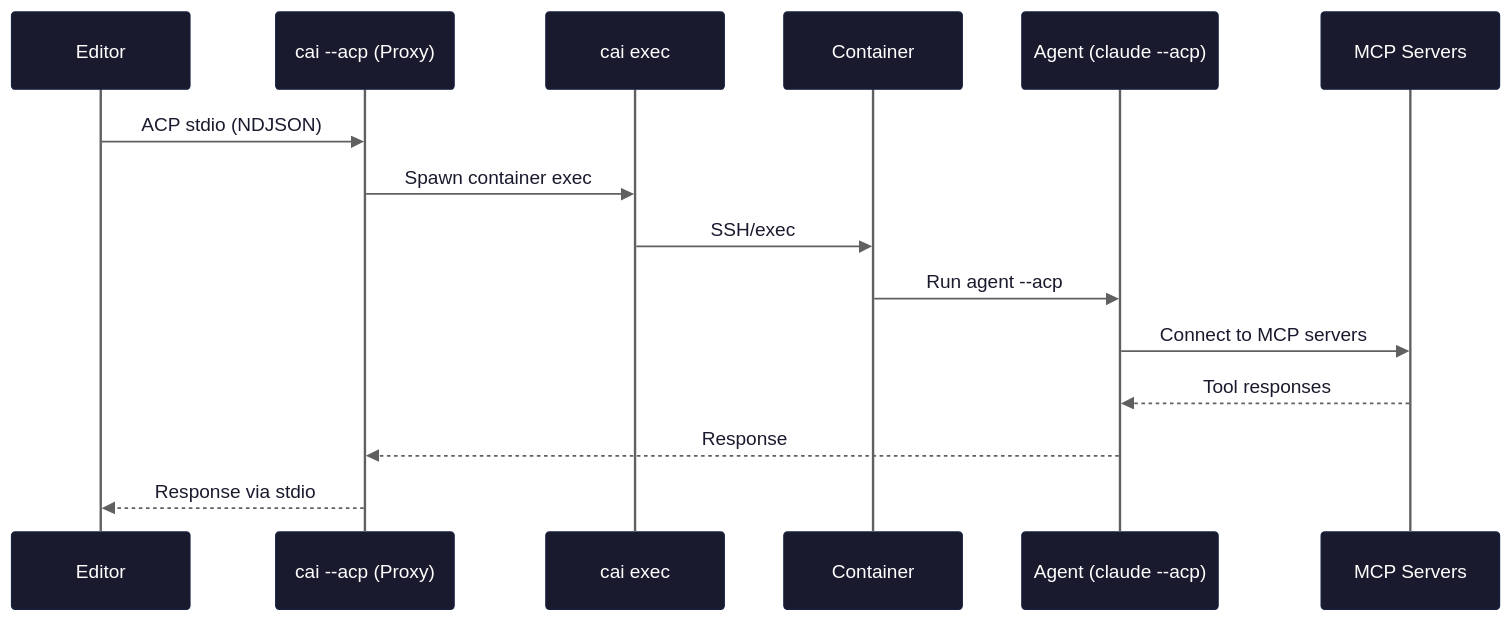
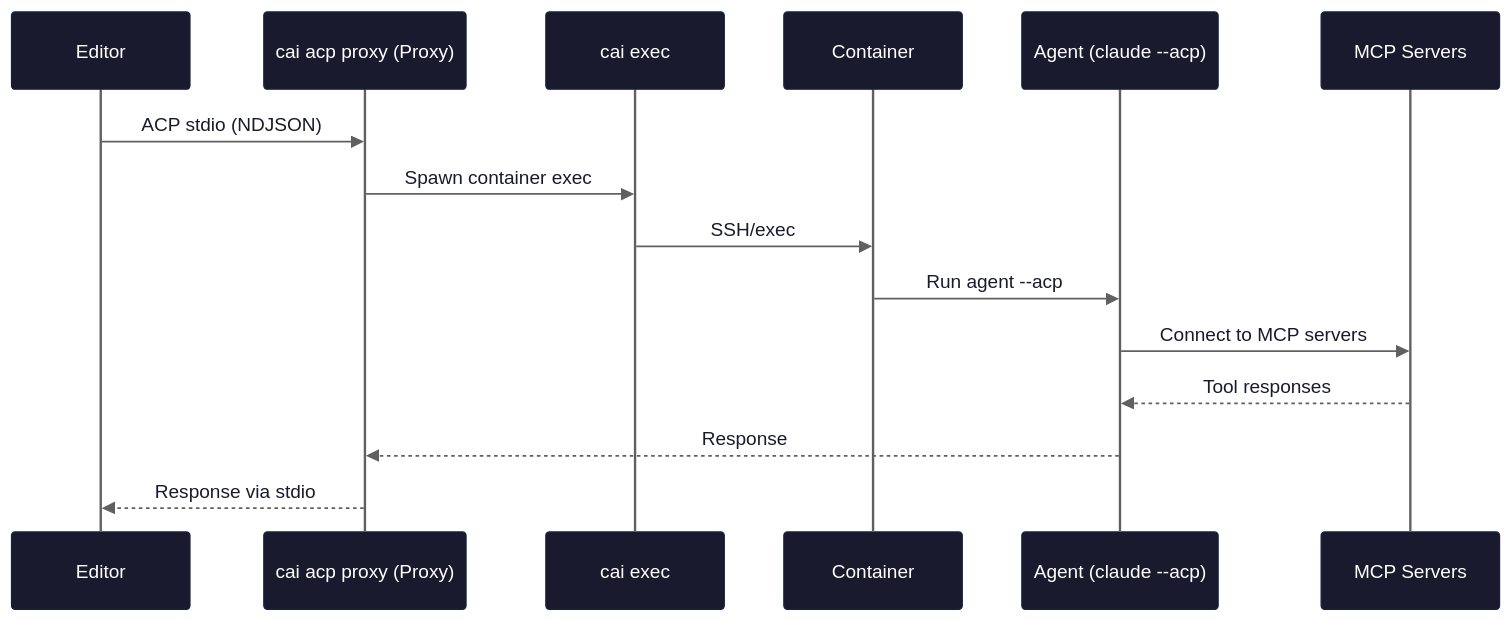
Before and after one commit to novotnyllc/ContainAI: the diagram in docs/acp.md, drawn with Mermaid. The commit also changed other lines of this file and 5 other files, not shown here.

Commit message:
refactor(acp): enforce single-binary cai workflow across build, update, and tests

````diff
--- a/docs/acp.md
+++ b/docs/acp.md
@@ -32,33 +32,33 @@
 ```mermaid
 %%{init: {'theme': 'base', 'themeVariables': {
   'background': '#f5f5f5',
   'actorBkg': '#1a1a2e',
   'actorTextColor': '#ffffff',
   'actorBorder': '#16213e',
   'actorLineColor': '#606060',
   'signalColor': '#606060',
   'signalTextColor': '#1a1a2e',
   'labelBoxBkgColor': '#0f3460',
   'labelBoxBorderColor': '#16213e',
   'labelTextColor': '#ffffff',
   'noteBkgColor': '#0f3460',
   'noteTextColor': '#ffffff',
   'noteBorderColor': '#16213e'
 }}}%%
 sequenceDiagram
     participant Editor
-    participant Proxy as cai --acp (Proxy)
+    participant Proxy as cai acp proxy (Proxy)
     participant Exec as cai exec
     participant Container
     participant Agent as Agent (claude --acp)
     participant MCP as MCP Servers
 
     Editor->>Proxy: ACP stdio (NDJSON)
     Proxy->>Exec: Spawn container exec
     Exec->>Container: SSH/exec
     Container->>Agent: Run agent --acp
     Agent->>MCP: Connect to MCP servers
     MCP-->>Agent: Tool responses
     Agent-->>Proxy: Response
     Proxy-->>Editor: Response via stdio
 ```
````
